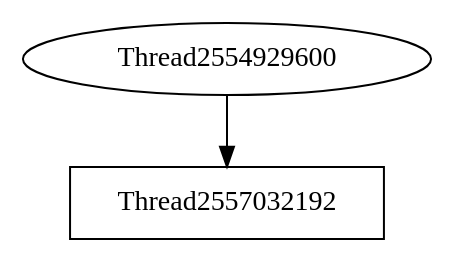
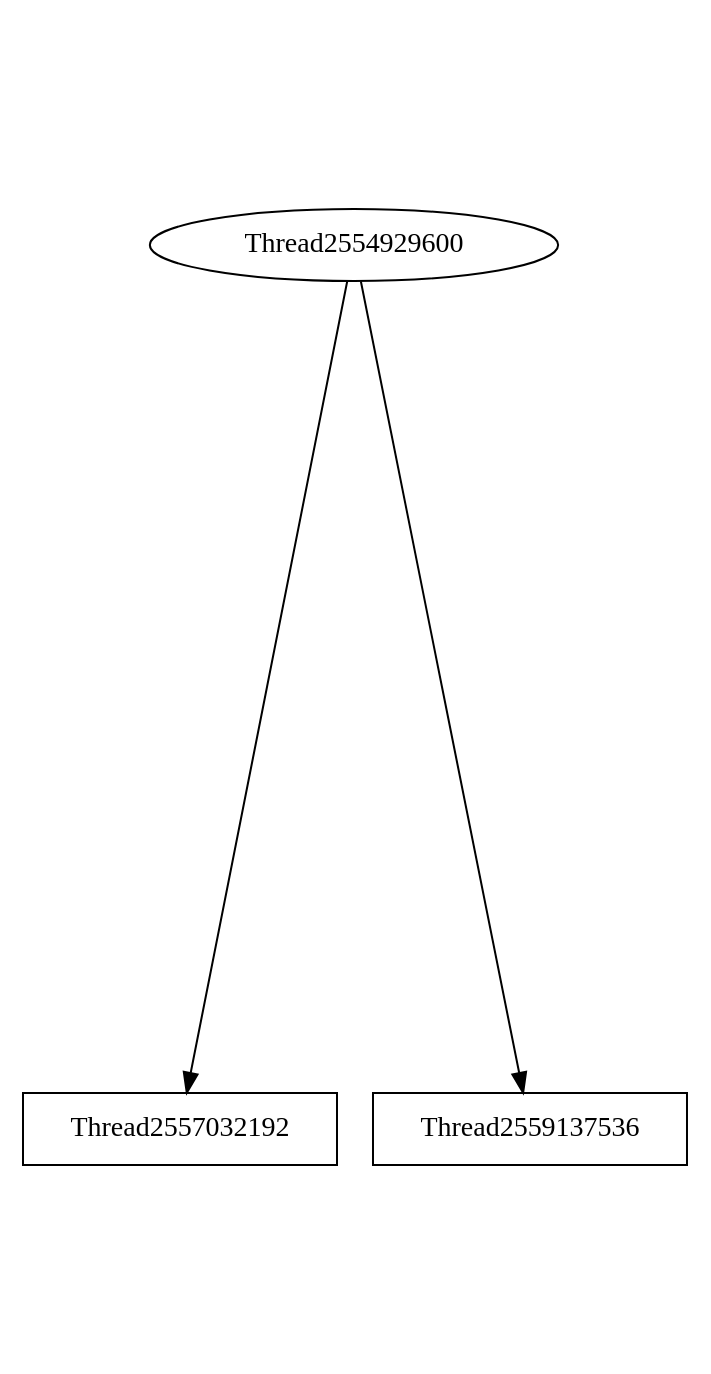
The diagram in view/dot/graph044.dot (v4o6/cs410), drawn with Graphviz before and after one commit. The commit also changed 202 other files, not shown here.

```diff
--- a/view/dot/graph044.dot
+++ b/view/dot/graph044.dot
@@ -1,5 +1,7 @@
 digraph G {
-graph[center=true];
+graph[center=true, ratio=2];
 Thread2554929600 -> Thread2557032192 [arrowhead=normal];
+Thread2554929600 -> Thread2559137536 [arrowhead=normal];
 Thread2557032192 [shape=box,color=black];
+Thread2559137536 [shape=box,color=black];
 }
```
